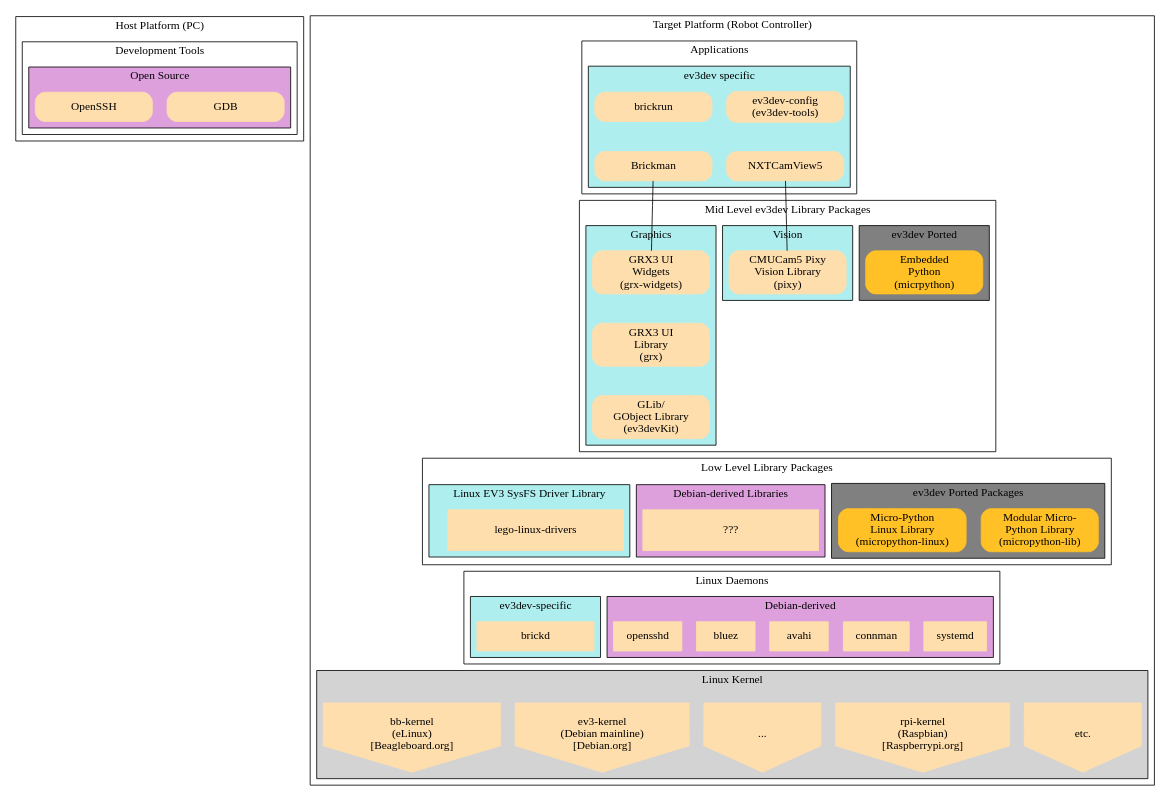
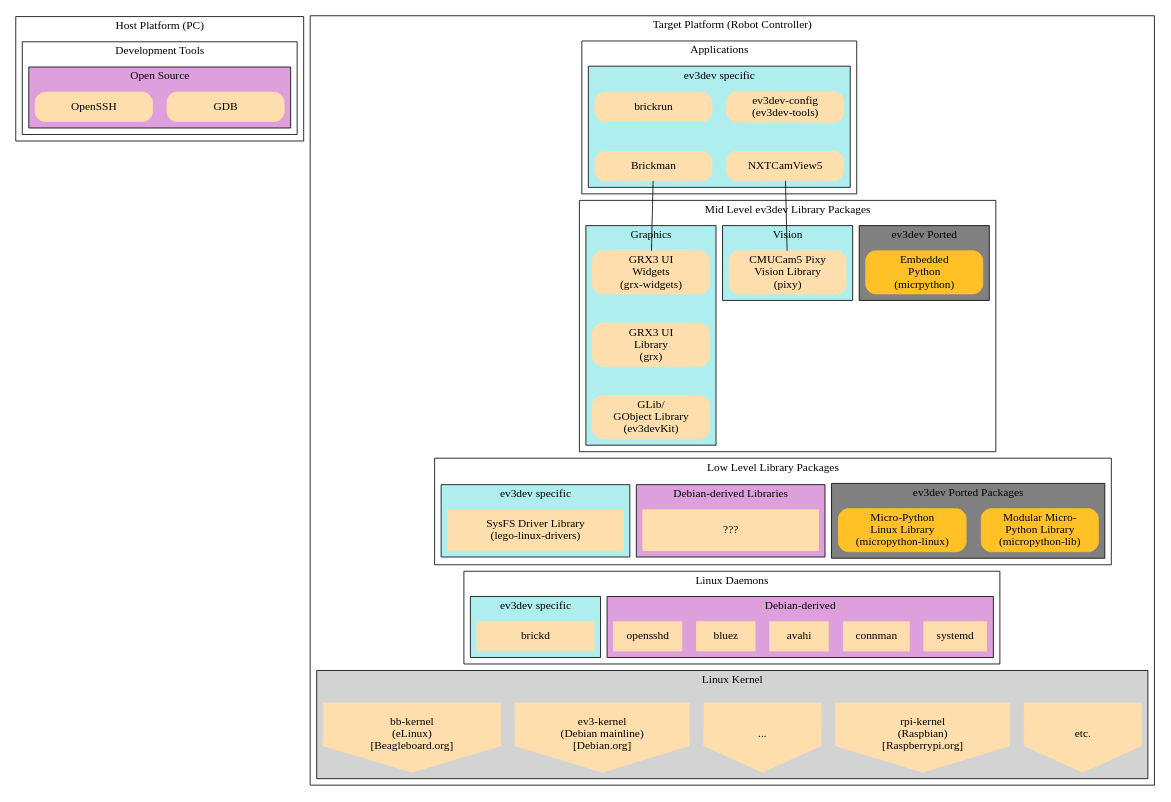
One commit to ev3dev/edu-docs changed the diagram in images/ev3dev-software-packages.dot. Above: the diagram before and after it, drawn with Graphviz.

Commit message:
Updated descrption for lego-linux-drivers

```diff
--- a/images/ev3dev-software-packages.dot
+++ b/images/ev3dev-software-packages.dot
@@ -1,152 +1,152 @@
 graph G {
 	compound=true;
 	arrowType=none;
 	node [shape=rect];
 	edge [penwidth=0,minlen=1];
 
 	subgraph cluster_150 {
 	
 		label = "Host Platform (PC)"
 		subgraph cluster_101 {
 			label = "Development Tools";
 			subgraph cluster_100 {
 				label="Open Source";
 				style=filled;
 				fillcolor=plum;
 				node [shape=rect,style="filled,rounded",color=navajowhite,width=2];
 				"GDB"; "OpenSSH"; 
 			};
 		
 		};
 	
 	};
 
 	subgraph cluster_15 {
 
 		label = "Target Platform (Robot Controller)";
 	
 		subgraph cluster_13 {
 			label = "Applications";
 			subgraph cluster_12 {
 				label="ev3dev specific";
 				style=filled;
 				fillcolor=paleturquoise;
 				node [shape=rect,style="filled,rounded",color=navajowhite,width=2];
 				"ev3dev-config\n(ev3dev-tools)"; "brickrun"; 
 				"Brickman"; "NXTCamView5";
 				"brickrun"--"Brickman";	// Dummy link for stacking
 				"ev3dev-config\n(ev3dev-tools)"--"NXTCamView5";	// Dummy link for stacking
 			};
 		
 		};
 		
 		subgraph cluster_11 {
 			label = "Mid Level ev3dev Library Packages";
 
 			subgraph cluster_10 {
 				label="ev3dev Ported";
 				style=filled;
 				fillcolor=grey;
 				node [shape=rect,style="filled,rounded",color=goldenrod1,width=2];
 				"Embedded\nPython\n(micrpython)";
 			};
 
 			subgraph cluster_9 {
 				label="Vision";
 				style=filled;
 				fillcolor=paleturquoise;
 				node [shape=rect,style="filled,rounded",color=navajowhite,width=2];
 				"CMUCam5 Pixy\nVision Library\n(pixy)";
 			};
 
 
 			subgraph cluster_8 {
 				label = "Graphics";
 				style=filled;
 				fillcolor=paleturquoise;
 				node [shape=rect,style="filled,rounded",color=navajowhite,width=2];
 				"GRX3 UI\nWidgets\n(grx-widgets)"--"GRX3 UI\nLibrary\n(grx)"
 				--"GLib/\nGObject Library\n(ev3devKit)";
 			};
 		};
 	
 		"Brickman"--"GRX3 UI\nWidgets\n(grx-widgets)" [penwidth=1];
 		"NXTCamView5"--"CMUCam5 Pixy\nVision Library\n(pixy)" [penwidth=1];
 
 		subgraph cluster_7 {
 			label = "Low Level Library Packages";
 
 			subgraph cluster_6 {
 				label="ev3dev Ported Packages";
 				style=filled;
 				fillcolor=grey;
 				node [shape=rect,style="filled,rounded",color=goldenrod1,width=2,height=0.7];
 				"Modular Micro-\nPython Library\n(micropython-lib)"; "Micro-Python\nLinux Library\n(micropython-linux)";
 			};
 
 
 			subgraph cluster_5 {
 				label = "Debian-derived Libraries";
 				style=filled;
 				fillcolor=plum;
 				node [shape=rect,style=filled,color=navajowhite,width=3,height=0.7];
 				"???"
 			};
 
 		subgraph cluster_4 {
-			label = "Linux EV3 SysFS Driver Library";
+			label = "ev3dev specific";
 			style=filled;
 			fillcolor=paleturquoise;
 			node [shape=rect,style=filled,color=navajowhite,width=3,height=0.7];
-			"lego-linux-drivers";
+			"SysFS Driver Library\n(lego-linux-drivers)";
 
 			};
 		};
 
 		
 
 		subgraph cluster_3 {
 			label = "Linux Daemons"
 			subgraph cluster_1 {
 				label = "Debian-derived";
 				style=filled;
 				fillcolor=plum;
 				node [shape=rect,style=filled,color=navajowhite,width=1];
 				rank = same;
 				"systemd"; "connman"; "avahi"; "bluez"; "opensshd"; 
 			};
 
 			subgraph cluster_2 {
-				label = "ev3dev-specific";
+				label = "ev3dev specific";
 				style=filled;
 				fillcolor=paleturquoise;
 				node [shape=rect,style=filled,color=navajowhite,width=2];
 				rank = same;
 				"brickd";
 			};
 
 		};
 	
 		subgraph cluster_0 {
 			label = "Linux Kernel";
 			style=filled;
 			fillcolor=lightgrey;
 			node [style=filled,color=navajowhite, shape=invhouse,width=2,height=1.3];
 			rank = same; "etc."; "rpi-kernel\n(Raspbian)\n[Raspberrypi.org]"; "..."; 
 			"ev3-kernel\n(Debian mainline)\n[Debian.org]"; "bb-kernel\n(eLinux)\n[Beagleboard.org]"; 
 		};
 
 		edge [penwidth=0];
 	
 		"Embedded\nPython\n(micrpython)"--"Modular Micro-\nPython Library\n(micropython-lib)";
 
 		"Modular Micro-\nPython Library\n(micropython-lib)"--"avahi"
-		"GLib/\nGObject Library\n(ev3devKit)"--"lego-linux-drivers"
+		"GLib/\nGObject Library\n(ev3devKit)"--"SysFS Driver Library\n(lego-linux-drivers)"
 		"???"--"avahi"
-		"lego-linux-drivers"--"brickd" [ltail=cluster_4, lhead=cluster_3];
+		"SysFS Driver Library\n(lego-linux-drivers)"--"brickd" [ltail=cluster_4, lhead=cluster_3];
 		"avahi"--"..." [ltail=cluster_1,lhead=cluster_0];
 		"brickd"--"..." [ltail=cluster_2,lhead=cluster_0];
 
 	};
 
 }
```
